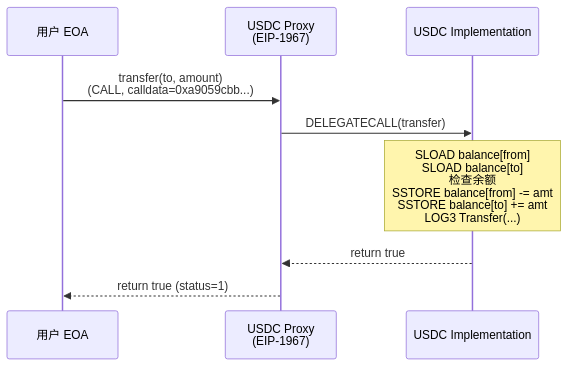
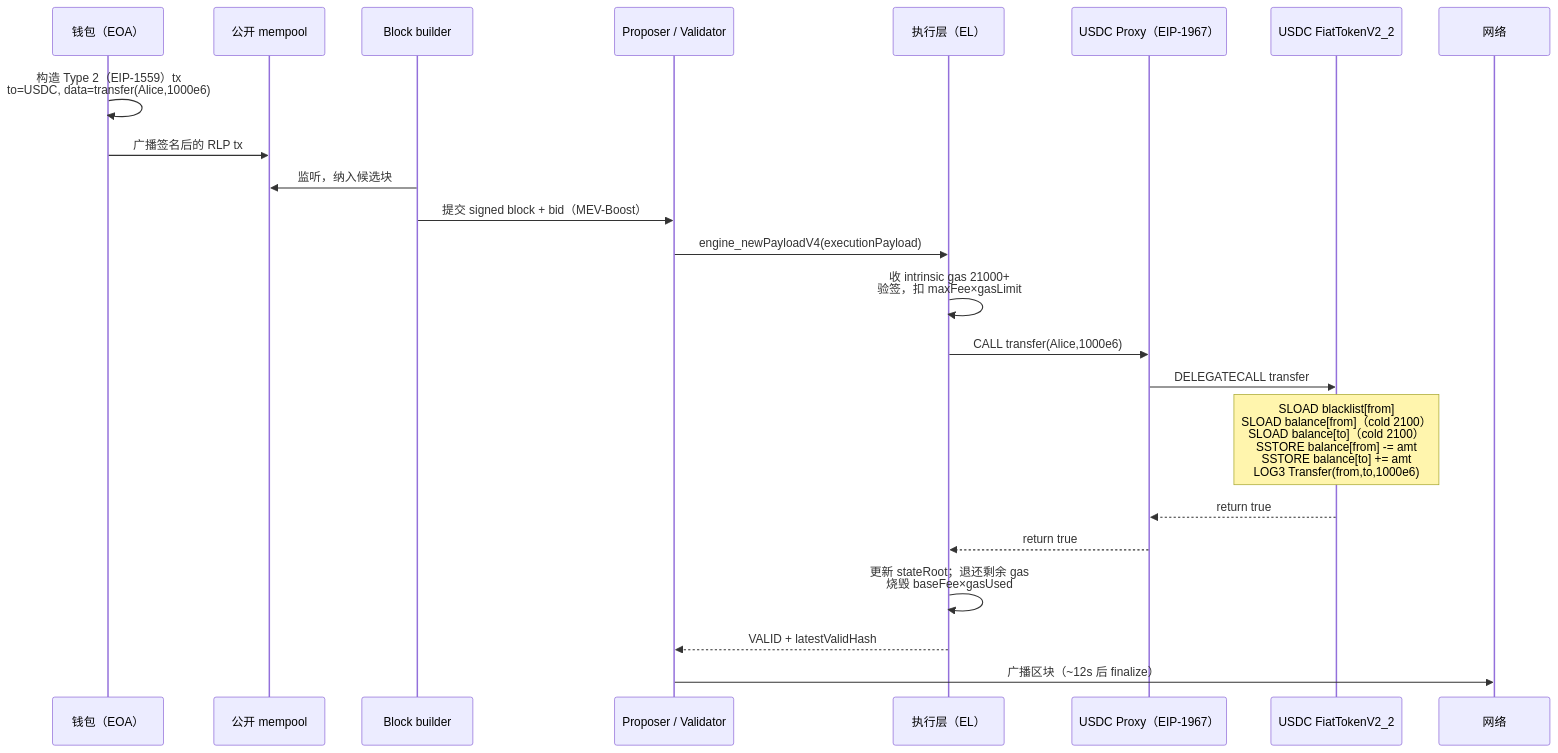
Before and after one commit to ChuwuYo/misc-files: the fourth of 7 diagrams in web3-engineer-guide/03-以太坊与EVM/README.md, drawn with Mermaid. The commit also changed other lines of this file and 211 other files, not shown here.

````diff
--- a/web3-engineer-guide/03-以太坊与EVM/README.md
+++ b/web3-engineer-guide/03-以太坊与EVM/README.md
@@ -1391,11 +1060,25 @@
 ```mermaid
 sequenceDiagram
-  participant U as 用户 EOA
-  participant USDC as USDC Proxy<br/>(EIP-1967)
-  participant IMPL as USDC Implementation
-  U->>USDC: transfer(to, amount)<br/>(CALL, calldata=0xa9059cbb...)
-  USDC->>IMPL: DELEGATECALL(transfer)
-  Note over IMPL: SLOAD balance[from]<br/>SLOAD balance[to]<br/>检查余额<br/>SSTORE balance[from] -= amt<br/>SSTORE balance[to] += amt<br/>LOG3 Transfer(...)
+  participant W as 钱包（EOA）
+  participant MP as 公开 mempool
+  participant B as Block builder
+  participant P as Proposer / Validator
+  participant EL as 执行层（EL）
+  participant USDC as USDC Proxy（EIP-1967）
+  participant IMPL as USDC FiatTokenV2_2
+
+  W->>W: 构造 Type 2（EIP-1559）tx<br/>to=USDC, data=transfer(Alice,1000e6)
+  W->>MP: 广播签名后的 RLP tx
+  B->>MP: 监听，纳入候选块
+  B->>P: 提交 signed block + bid（MEV-Boost）
+  P->>EL: engine_newPayloadV4(executionPayload)
+  EL->>EL: 收 intrinsic gas 21000+<br/>验签，扣 maxFee×gasLimit
+  EL->>USDC: CALL transfer(Alice,1000e6)
+  USDC->>IMPL: DELEGATECALL transfer
+  Note over IMPL: SLOAD blacklist[from]<br/>SLOAD balance[from]（cold 2100）<br/>SLOAD balance[to]（cold 2100）<br/>SSTORE balance[from] -= amt<br/>SSTORE balance[to] += amt<br/>LOG3 Transfer(from,to,1000e6)
   IMPL-->>USDC: return true
-  USDC-->>U: return true (status=1)
+  USDC-->>EL: return true
+  EL->>EL: 更新 stateRoot；退还剩余 gas<br/>烧毁 baseFee×gasUsed
+  EL-->>P: VALID + latestValidHash
+  P->>网络: 广播区块（~12s 后 finalize）
 ```
````
